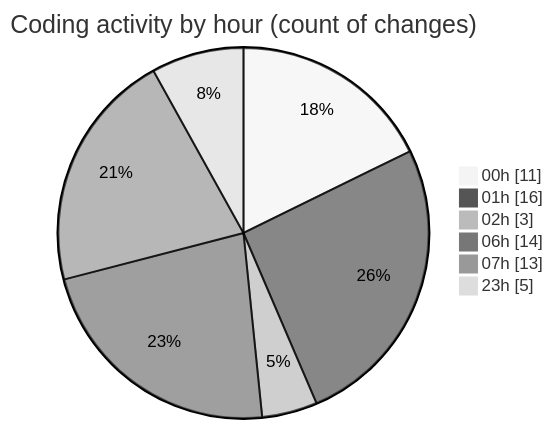
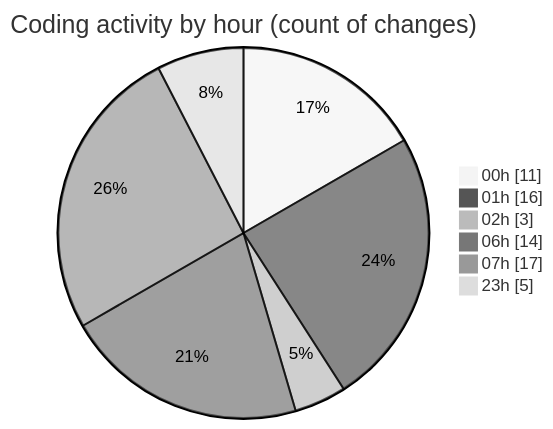
Before and after one commit to Elitesun/code-tracking: the second of 2 diagrams in 2025-02-21/projet/README.md, drawn with Mermaid (neutral theme). The commit also changed other lines of this file and 1 other file, not shown here.

````diff
--- a/2025-02-21/projet/README.md
+++ b/2025-02-21/projet/README.md
@@ -39,10 +39,10 @@
 ```mermaid
 pie showData
 title Coding activity by hour (count of changes)
 "00h" : 11
 "01h" : 16
 "02h" : 3
 "06h" : 14
-"07h" : 13
+"07h" : 17
 "23h" : 5
 ```
````
